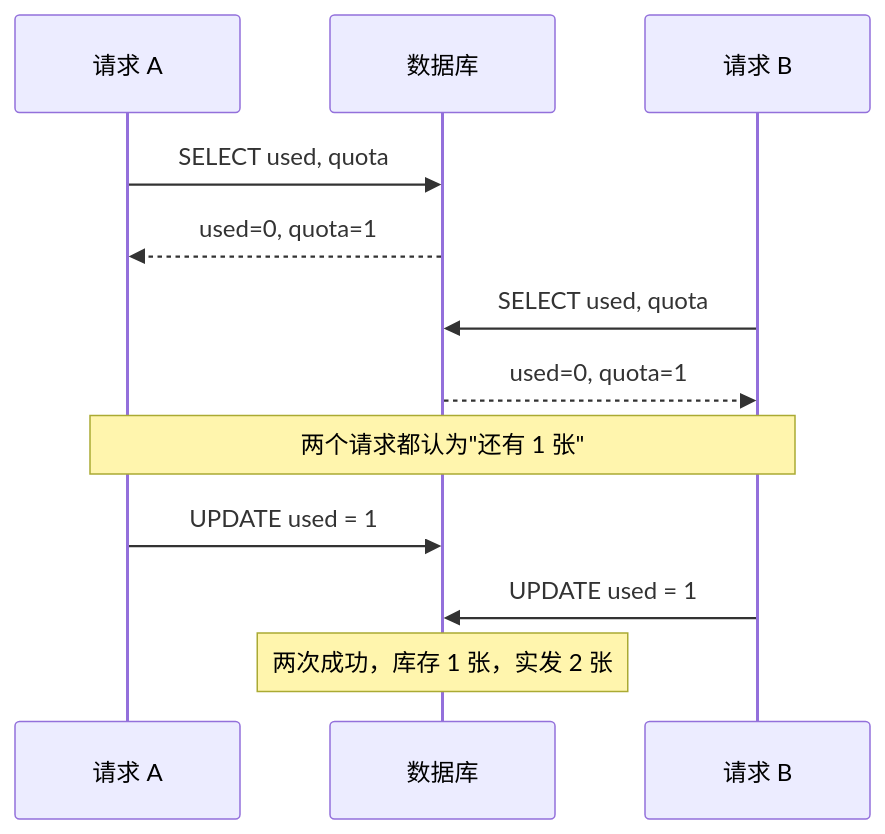
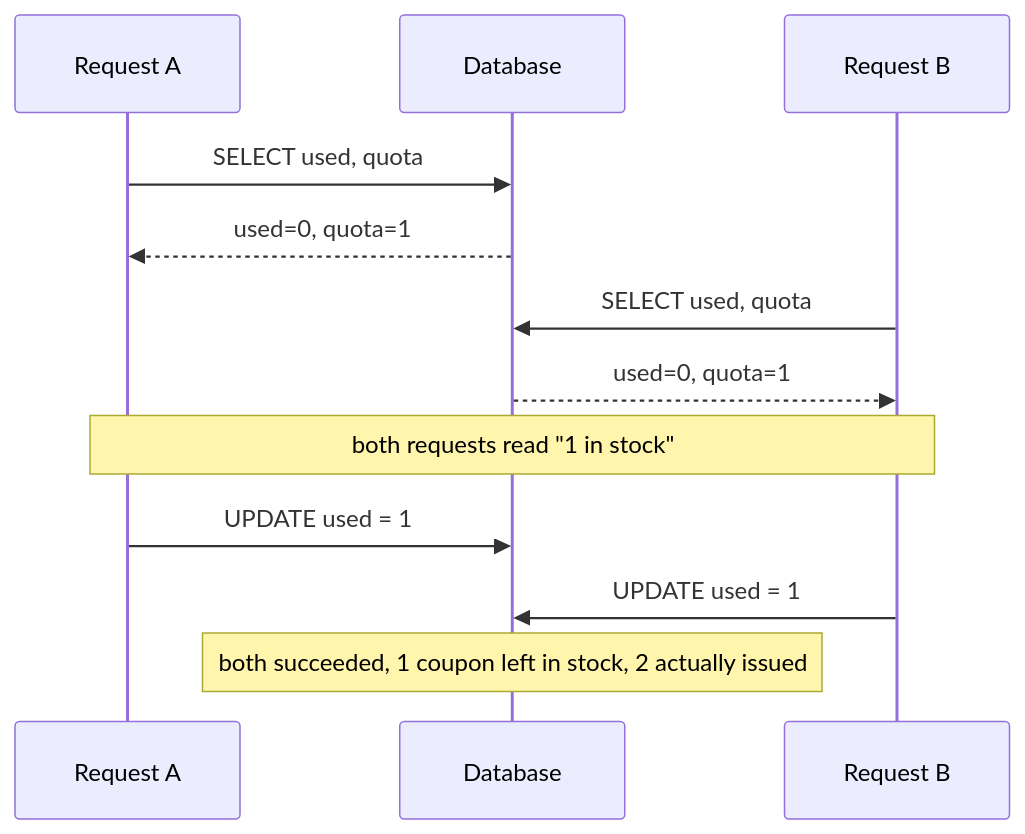
Before and after one commit to xzlxiao/vibe-coding-textbook: the first of 2 diagrams in phase3/chapters/ch01-green-but-wrong.md, drawn with Mermaid. The commit also changed other lines of this file and 12 other files, not shown here.

````diff
--- a/phase3/chapters/ch01-green-but-wrong.md
+++ b/phase3/chapters/ch01-green-but-wrong.md
@@ -65,14 +65,14 @@
 ```mermaid
 sequenceDiagram
-    participant A as 请求 A
-    participant DB as 数据库
-    participant B as 请求 B
+    participant A as Request A
+    participant DB as Database
+    participant B as Request B
     A->>DB: SELECT used, quota
     DB-->>A: used=0, quota=1
     B->>DB: SELECT used, quota
     DB-->>B: used=0, quota=1
-    Note over A,B: 两个请求都认为"还有 1 张"
+    Note over A,B: both requests read "1 in stock"
     A->>DB: UPDATE used = 1
     B->>DB: UPDATE used = 1
-    Note over DB: 两次成功，库存 1 张，实发 2 张
+    Note over DB: both succeeded, 1 coupon left in stock, 2 actually issued
 ```
````
